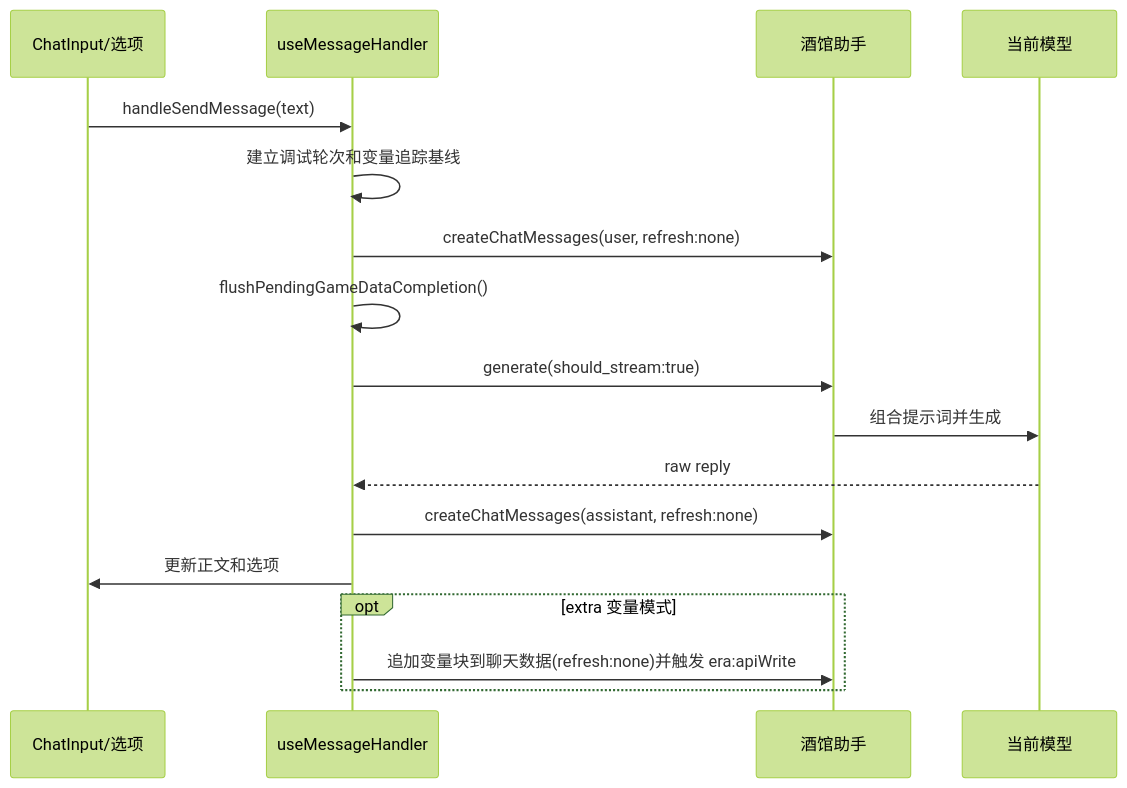
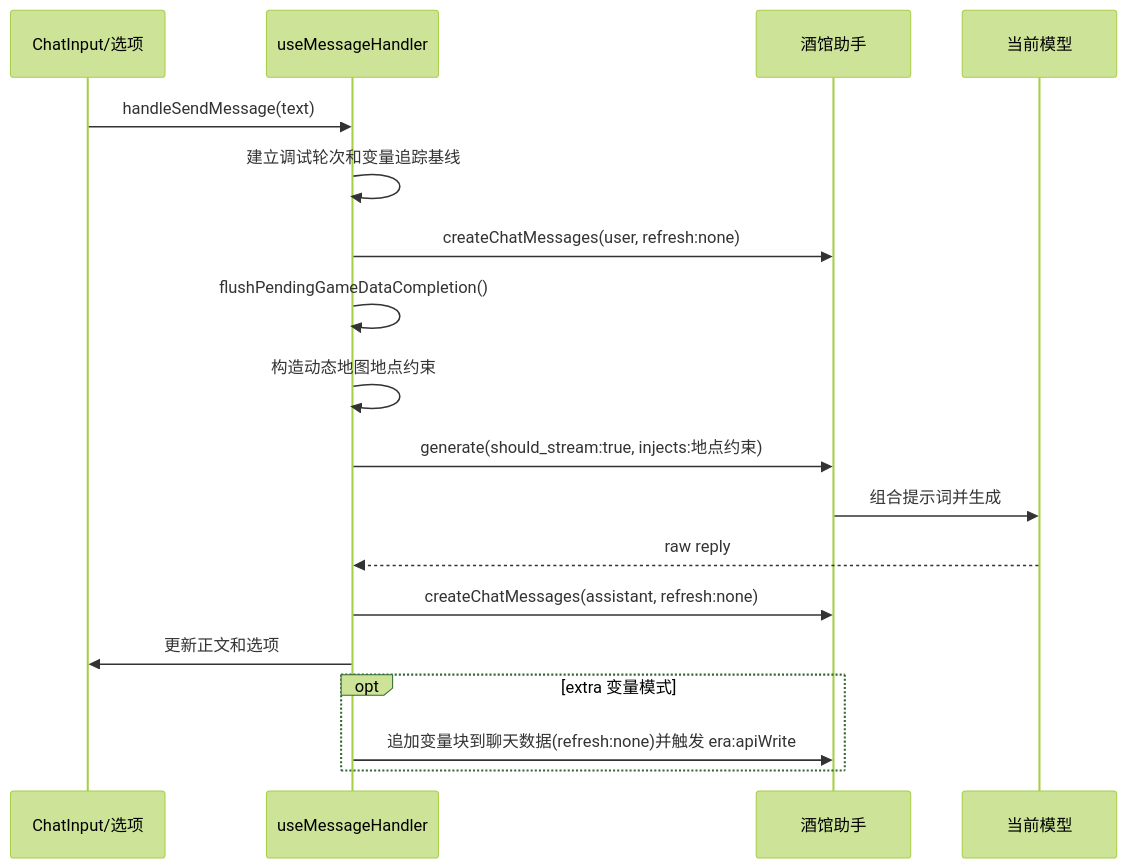
One commit to jam4435/sillytavern0011 changed the diagram in src/武侠/docs/02-消息生命周期.md. Above: the diagram before and after it, drawn with Mermaid (forest theme). The commit also changed other lines of this file and 2 other files, not shown here.

````diff
--- a/src/武侠/docs/02-消息生命周期.md
+++ b/src/武侠/docs/02-消息生命周期.md
@@ -11,20 +11,21 @@
 ```mermaid
 sequenceDiagram
     participant UI as ChatInput/选项
     participant Handler as useMessageHandler
     participant Tavern as 酒馆助手
     participant Model as 当前模型
 
     UI->>Handler: handleSendMessage(text)
     Handler->>Handler: 建立调试轮次和变量追踪基线
     Handler->>Tavern: createChatMessages(user, refresh:none)
     Handler->>Handler: flushPendingGameDataCompletion()
-    Handler->>Tavern: generate(should_stream:true)
+    Handler->>Handler: 构造动态地图地点约束
+    Handler->>Tavern: generate(should_stream:true, injects:地点约束)
     Tavern->>Model: 组合提示词并生成
     Model-->>Handler: raw reply
     Handler->>Tavern: createChatMessages(assistant, refresh:none)
     Handler->>UI: 更新正文和选项
     opt extra 变量模式
         Handler->>Tavern: 追加变量块到聊天数据(refresh:none)并触发 era:apiWrite
     end
 ```
````
